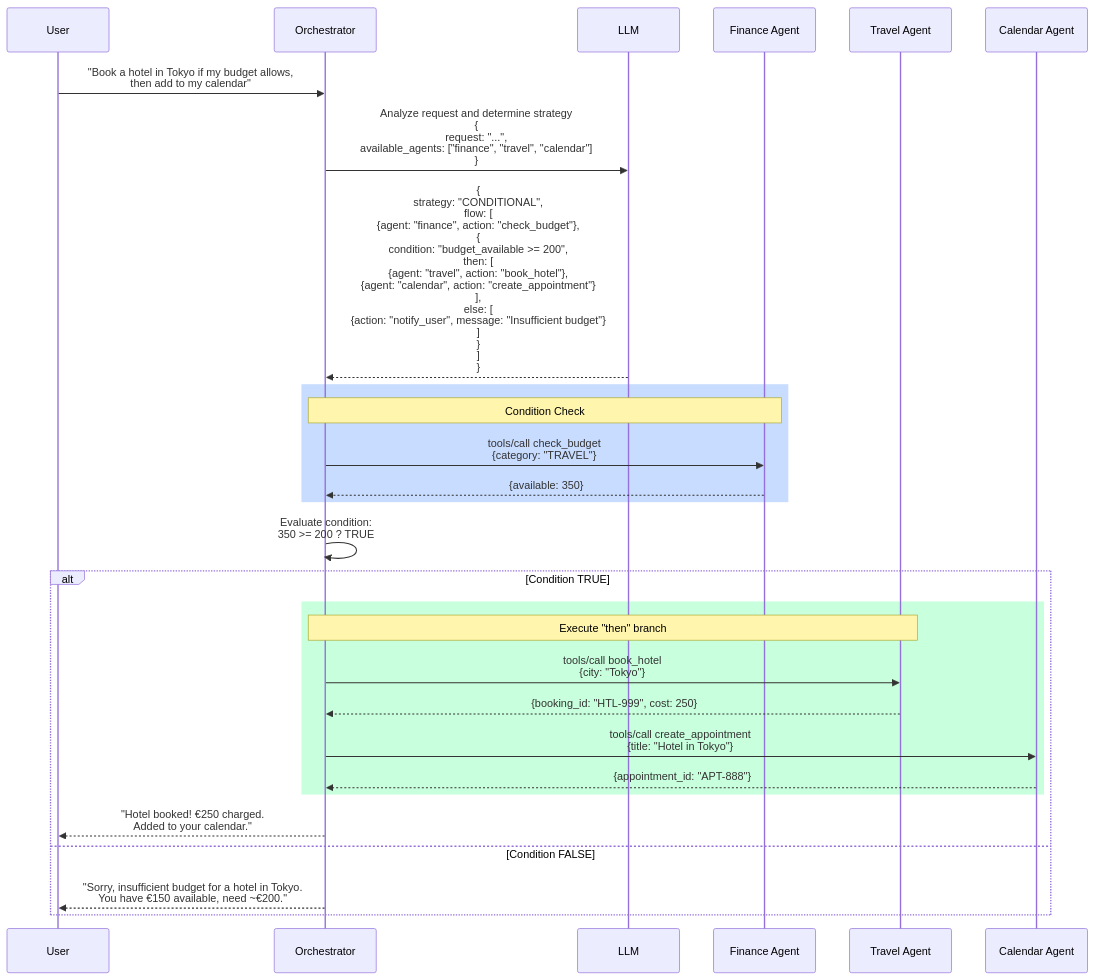
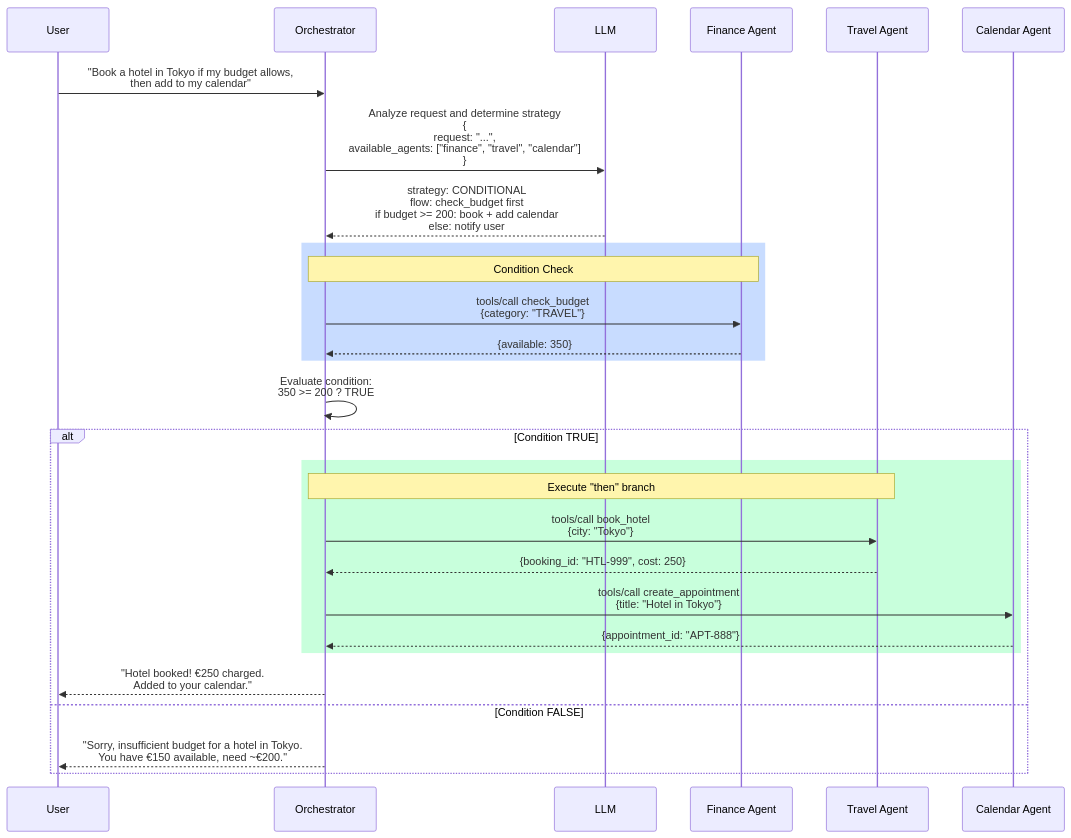
Before and after one commit to y-core-engineering/fidus: diagram 26 of 36 in docs/solution-architecture/05-data-flows.md, drawn with Mermaid. The commit also changed other lines of this file and 26 other files, not shown here.

First line of the commit message:
feat: add comprehensive UX/UI design docs and Mermaid validation (#6)

````diff
--- a/docs/solution-architecture/05-data-flows.md
+++ b/docs/solution-architecture/05-data-flows.md
@@ -1587,38 +1587,38 @@
 ```mermaid
 sequenceDiagram
     participant User
     participant Orchestrator
     participant LLM
     participant Finance Agent
     participant Travel Agent
     participant Calendar Agent
 
     User->>Orchestrator: "Book a hotel in Tokyo if my budget allows,<br/>then add to my calendar"
 
     Orchestrator->>LLM: Analyze request and determine strategy<br/>{<br/>  request: "...",<br/>  available_agents: ["finance", "travel", "calendar"]<br/>}
 
-    LLM-->>Orchestrator: {<br/>  strategy: "CONDITIONAL",<br/>  flow: [<br/>    {agent: "finance", action: "check_budget"},<br/>    {<br/>      condition: "budget_available >= 200",<br/>      then: [<br/>        {agent: "travel", action: "book_hotel"},<br/>        {agent: "calendar", action: "create_appointment"}<br/>      ],<br/>      else: [<br/>        {action: "notify_user", message: "Insufficient budget"}<br/>      ]<br/>    }<br/>  ]<br/>}
+    LLM-->>Orchestrator: strategy: CONDITIONAL<br/>flow: check_budget first<br/>if budget >= 200: book + add calendar<br/>else: notify user
 
     rect rgb(200, 220, 255)
         Note over Orchestrator,Finance Agent: Condition Check
         Orchestrator->>Finance Agent: tools/call check_budget<br/>{category: "TRAVEL"}
         Finance Agent-->>Orchestrator: {available: 350}
     end
 
     Orchestrator->>Orchestrator: Evaluate condition:<br/>350 >= 200 ? TRUE
 
     alt Condition TRUE
         rect rgb(200, 255, 220)
             Note over Orchestrator,Travel Agent: Execute "then" branch
             Orchestrator->>Travel Agent: tools/call book_hotel<br/>{city: "Tokyo"}
             Travel Agent-->>Orchestrator: {booking_id: "HTL-999", cost: 250}
 
             Orchestrator->>Calendar Agent: tools/call create_appointment<br/>{title: "Hotel in Tokyo"}
             Calendar Agent-->>Orchestrator: {appointment_id: "APT-888"}
         end
 
         Orchestrator-->>User: "Hotel booked! €250 charged.<br/>Added to your calendar."
     else Condition FALSE
         Orchestrator-->>User: "Sorry, insufficient budget for a hotel in Tokyo.<br/>You have €150 available, need ~€200."
     end
 ```
````
